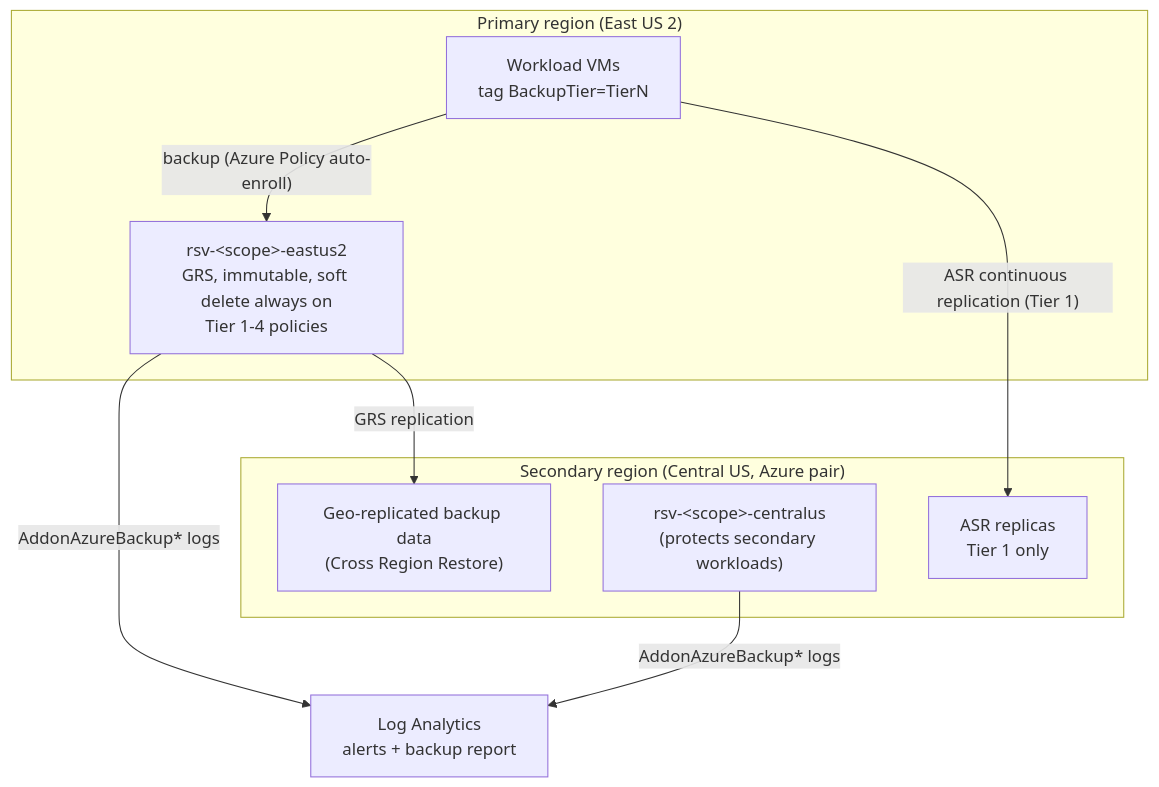
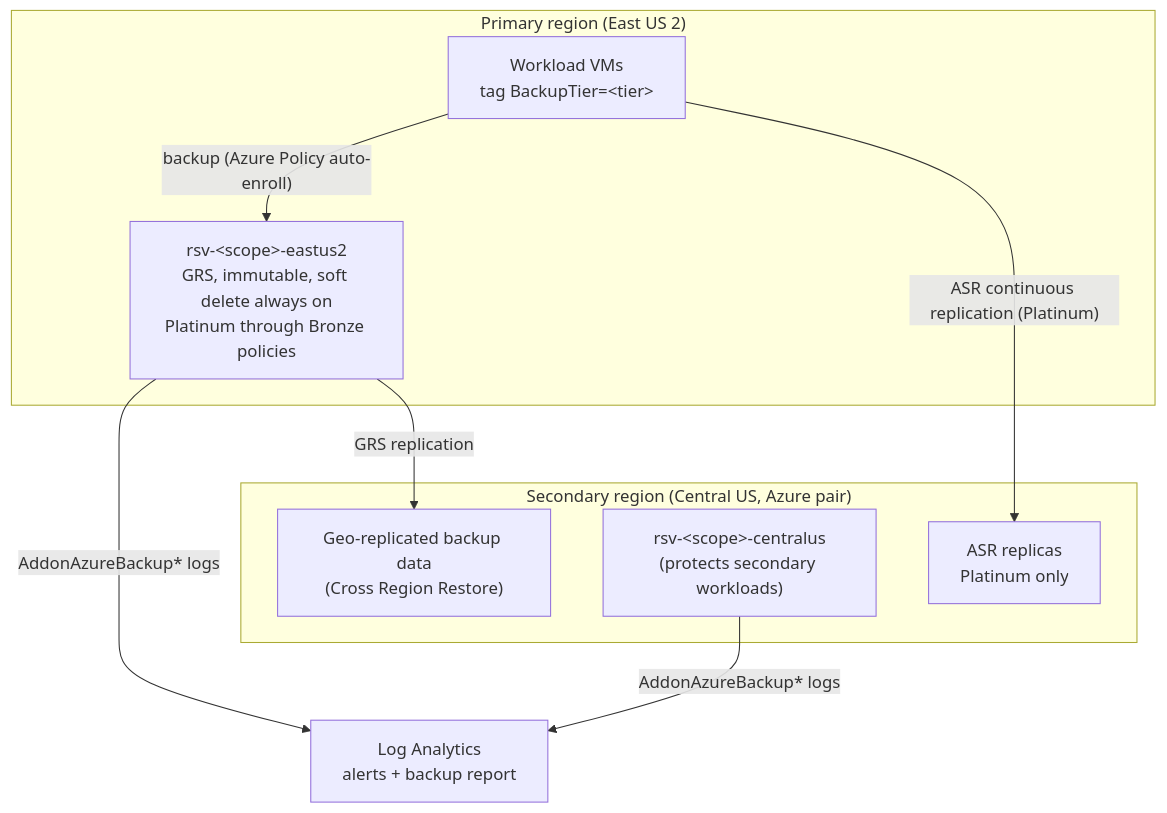
One commit to RaeRucker/azure-disaster-recovery-engineering changed the second of 2 diagrams in README.md. Above: the diagram before and after it, drawn with Mermaid. The commit also changed other lines of this file and 10 other files, not shown here.

Commit message:
Rename backup tiers to Platinum, Gold, Silver, Bronze

````diff
--- a/README.md
+++ b/README.md
@@ -55,16 +55,16 @@
 ```mermaid
 flowchart TB
     subgraph PRI["Primary region (East US 2)"]
-        VMS["Workload VMs<br/>tag BackupTier=TierN"]
-        RSV1["rsv-&lt;scope&gt;-eastus2<br/>GRS, immutable, soft delete always on<br/>Tier 1-4 policies"]
+        VMS["Workload VMs<br/>tag BackupTier=&lt;tier&gt;"]
+        RSV1["rsv-&lt;scope&gt;-eastus2<br/>GRS, immutable, soft delete always on<br/>Platinum through Bronze policies"]
         VMS -- "backup (Azure Policy auto-enroll)" --> RSV1
     end
     subgraph SEC["Secondary region (Central US, Azure pair)"]
         GRS["Geo-replicated backup data<br/>(Cross Region Restore)"]
         RSV2["rsv-&lt;scope&gt;-centralus<br/>(protects secondary workloads)"]
-        REP["ASR replicas<br/>Tier 1 only"]
+        REP["ASR replicas<br/>Platinum only"]
     end
     RSV1 -- "GRS replication" --> GRS
-    VMS -- "ASR continuous replication (Tier 1)" --> REP
+    VMS -- "ASR continuous replication (Platinum)" --> REP
     RSV1 & RSV2 -- "AddonAzureBackup* logs" --> LAW["Log Analytics<br/>alerts + backup report"]
 ```
````
